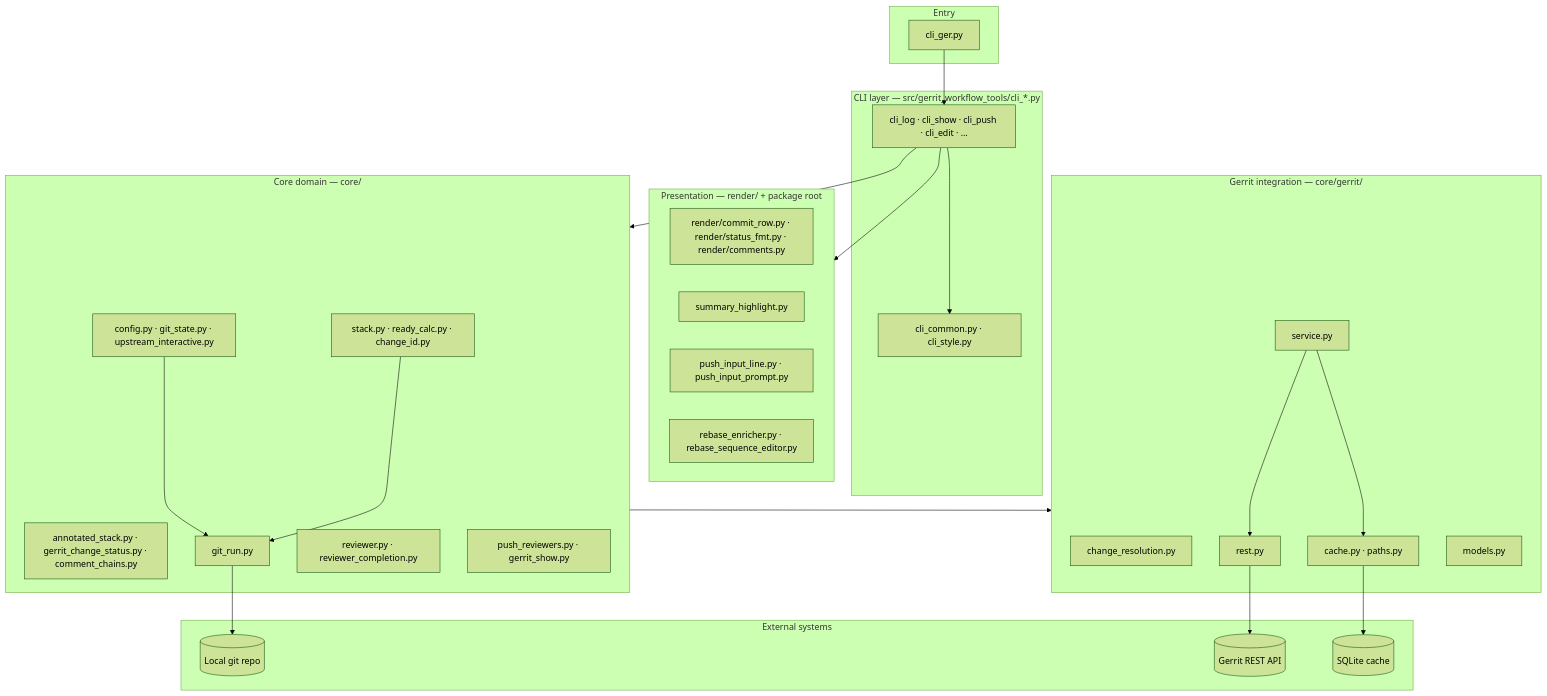
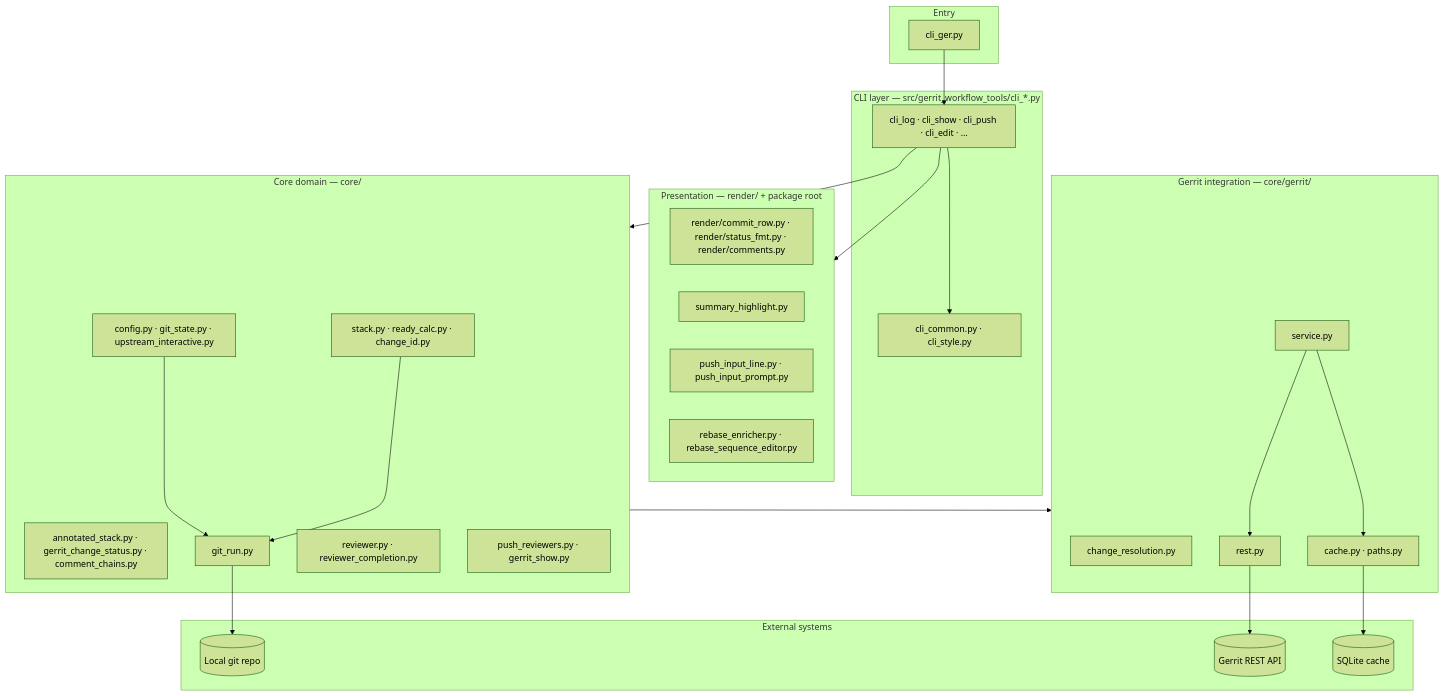
One commit to togrue/gerrit-workflow-tools changed the first of 8 diagrams in docu/architecture.md. Above: the diagram before and after it, drawn with Mermaid (forest theme). The commit also changed other lines of this file and 6 other files, not shown here.

````diff
--- a/docu/architecture.md
+++ b/docu/architecture.md
@@ -29,54 +29,53 @@
 ```mermaid
 flowchart TB
   subgraph entry [Entry]
     ger[cli_ger.py]
   end
 
   subgraph cli [CLI layer — src/gerrit_workflow_tools/cli_*.py]
     common[cli_common.py · cli_style.py]
     commands[cli_log · cli_show · cli_push · cli_edit · …]
   end
 
   subgraph presentation [Presentation — render/ + package root]
     render[render/commit_row.py · render/status_fmt.py · render/comments.py]
     highlight[summary_highlight.py]
     push_ui[push_input_line.py · push_input_prompt.py]
     rebase_hook[rebase_enricher.py · rebase_sequence_editor.py]
   end
 
   subgraph core [Core domain — core/]
     stack[stack.py · ready_calc.py · change_id.py]
     status[annotated_stack.py · gerrit_change_status.py · comment_chains.py]
     config[config.py · git_state.py · upstream_interactive.py]
     git[git_run.py]
     reviewers[reviewer.py · reviewer_completion.py]
     push_core[push_reviewers.py · gerrit_show.py]
   end
 
   subgraph gerrit [Gerrit integration — core/gerrit/]
     resolution[change_resolution.py]
     service[service.py]
     rest[rest.py]
     cache[cache.py · paths.py]
-    models[models.py]
   end
 
   subgraph external [External systems]
     git_repo[(Local git repo)]
     gerrit_api[(Gerrit REST API)]
     sqlite[(SQLite cache)]
   end
 
   ger --> commands
   commands --> common
   commands --> core
   commands --> presentation
   core --> gerrit
   service --> rest
   service --> cache
   rest --> gerrit_api
   cache --> sqlite
   stack --> git
   config --> git
   git --> git_repo
 ```
````
